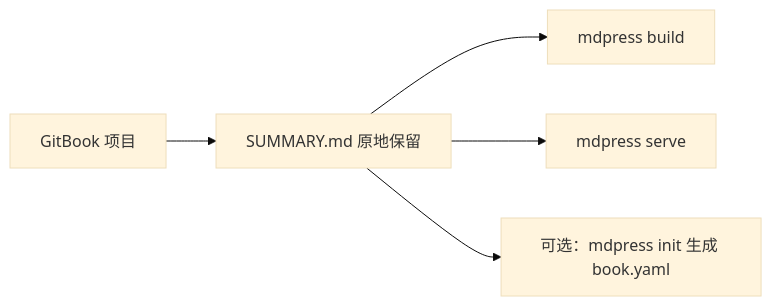
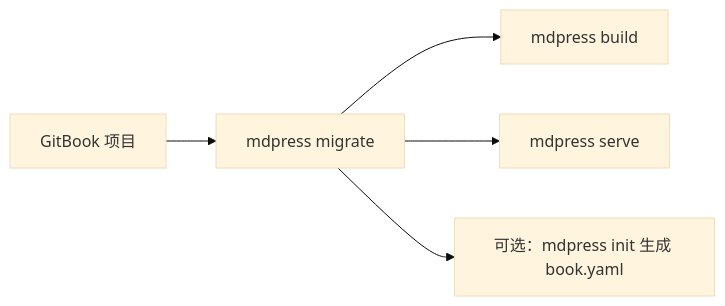
One commit to yeasy/mdPress changed the diagram in docs/MIGRATION_FROM_GITBOOK_zh.md. Above: the diagram before and after it, drawn with Mermaid (base theme). The commit also changed other lines of this file and 120 other files, not shown here.

First line of the commit message:
Fix PDF rendering: images, Mermaid diagrams, SVG badges, and layout

````diff
--- a/docs/MIGRATION_FROM_GITBOOK_zh.md
+++ b/docs/MIGRATION_FROM_GITBOOK_zh.md
@@ -9,7 +9,7 @@
 ```mermaid
 flowchart LR
-    A["GitBook 项目"] --> B["SUMMARY.md 原地保留"]
+    A["GitBook 项目"] --> B["mdpress migrate"]
     B --> C["mdpress build"]
     B --> D["mdpress serve"]
     B --> E["可选：mdpress init 生成 book.yaml"]
 ```
````
